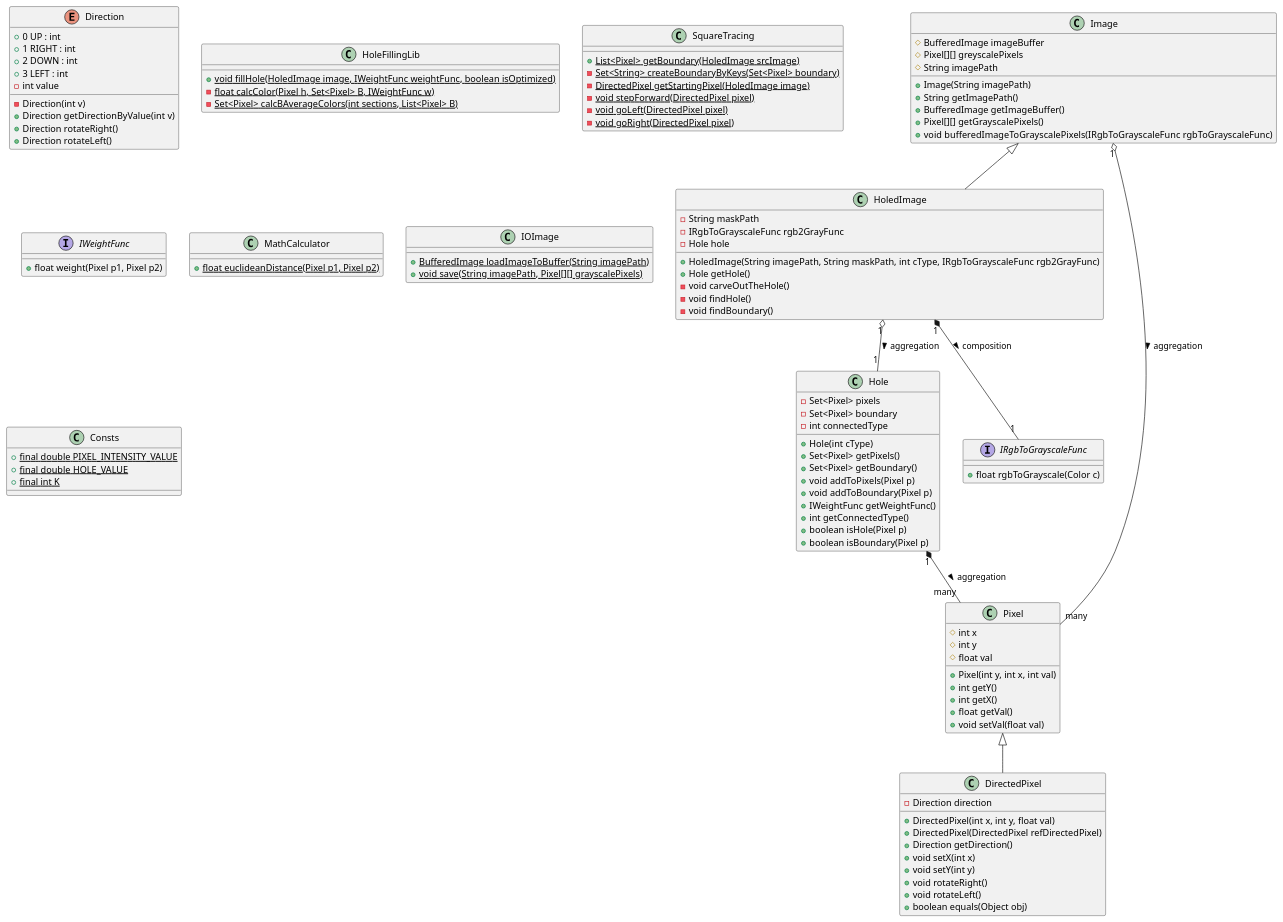
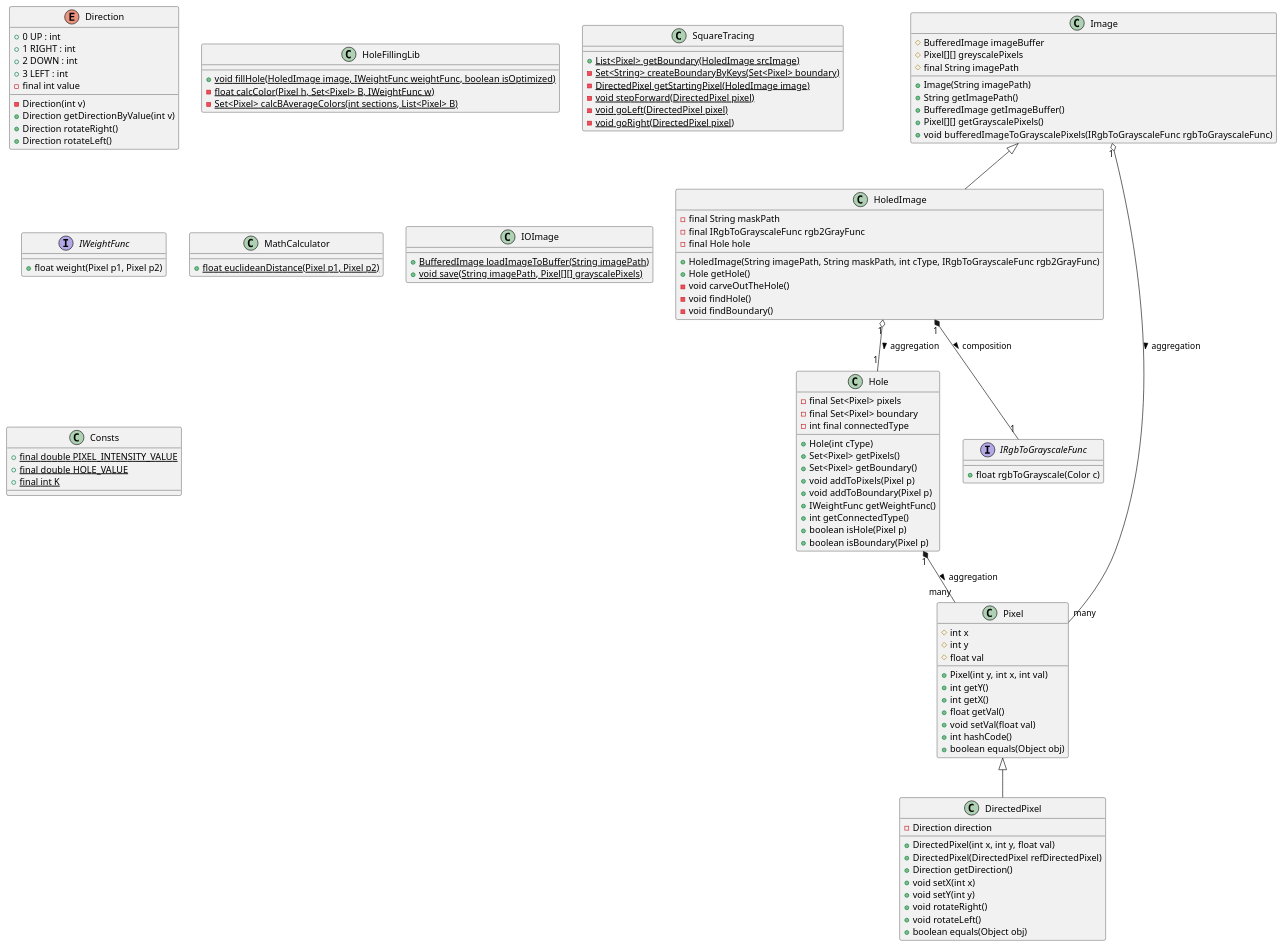
The diagram in OOD.puml (avielas/HoleFilling), drawn with PlantUML before and after one commit.

Commit message:
update OOD uml

```diff
--- a/OOD.puml
+++ b/OOD.puml
@@ -1,123 +1,125 @@
 @startuml
 'https://plantuml.com/class-diagram
 
 class Image{
     # BufferedImage imageBuffer
     # Pixel[][] greyscalePixels
-    # String imagePath
+    # final String imagePath
     + Image(String imagePath)
     + String getImagePath()
     + BufferedImage getImageBuffer()
     + Pixel[][] getGrayscalePixels()
     + void bufferedImageToGrayscalePixels(IRgbToGrayscaleFunc rgbToGrayscaleFunc)
 }
 
 class HoledImage extends Image{
-    - String maskPath
-    - IRgbToGrayscaleFunc rgb2GrayFunc
-    - Hole hole
+    - final String maskPath
+    - final IRgbToGrayscaleFunc rgb2GrayFunc
+    - final Hole hole
     + HoledImage(String imagePath, String maskPath, int cType, IRgbToGrayscaleFunc rgb2GrayFunc)
     + Hole getHole()
     - void carveOutTheHole()
     - void findHole()
     - void findBoundary()
 }
 
 class Hole{
-    - Set<Pixel> pixels
-    - Set<Pixel> boundary
-    - int connectedType
+    - final Set<Pixel> pixels
+    - final Set<Pixel> boundary
+    - int final connectedType
     + Hole(int cType)
     + Set<Pixel> getPixels()
     + Set<Pixel> getBoundary()
     + void addToPixels(Pixel p)
     + void addToBoundary(Pixel p)
     + IWeightFunc getWeightFunc()
     + int getConnectedType()
     + boolean isHole(Pixel p)
     + boolean isBoundary(Pixel p)
 }
 
 class Pixel{
     # int x
     # int y
     # float val
     + Pixel(int y, int x, int val)
     + int getY()
     + int getX()
     + float getVal()
     + void setVal(float val)
+    + int hashCode()
+    + boolean equals(Object obj)
 }
 
 class DirectedPixel extends Pixel{
     - Direction direction
     + DirectedPixel(int x, int y, float val)
     + DirectedPixel(DirectedPixel refDirectedPixel)
     + Direction getDirection()
     + void setX(int x)
     + void setY(int y)
     + void rotateRight()
     + void rotateLeft()
     + boolean equals(Object obj)
 }
 
 enum Direction{
     + 0 UP : int
     + 1 RIGHT : int
     + 2 DOWN : int
     + 3 LEFT : int
     - Direction(int v)
-    - int value
+    - final int value
     + Direction getDirectionByValue(int v)
     + Direction rotateRight()
     + Direction rotateLeft()
 }
 
 class HoleFillingLib{
     + {static} void fillHole(HoledImage image, IWeightFunc weightFunc, boolean isOptimized)
     - {static} float calcColor(Pixel h, Set<Pixel> B, IWeightFunc w)
     - {static} Set<Pixel> calcBAverageColors(int sections, List<Pixel> B)
 }
 
 class SquareTracing{
     + {static} List<Pixel> getBoundary(HoledImage srcImage)
     - {static} Set<String> createBoundaryByKeys(Set<Pixel> boundary)
     - {static} DirectedPixel getStartingPixel(HoledImage image)
     - {static} void stepForward(DirectedPixel pixel)
     - {static} void goLeft(DirectedPixel pixel)
     - {static} void goRight(DirectedPixel pixel)
 }
 
 interface IWeightFunc{
     + float weight(Pixel p1, Pixel p2)
 }
 
 interface IRgbToGrayscaleFunc{
     + float rgbToGrayscale(Color c)
 }
 
 class MathCalculator{
     + {static} float euclideanDistance(Pixel p1, Pixel p2)
 }
 
 class IOImage{
     + {static} BufferedImage loadImageToBuffer(String imagePath)
     + {static} void save(String imagePath, Pixel[][] grayscalePixels)
 }
 
 class Consts{
     + {static} final double PIXEL_INTENSITY_VALUE
     + {static} final double HOLE_VALUE
     + {static} final int K
 }
 
 'Aggregation
 Image "1" o-- "many" Pixel : aggregation >
 HoledImage "1" o-- "1" Hole : aggregation >
 
 
 'Composition
 HoledImage "1" *-- "1" IRgbToGrayscaleFunc : composition >
 Hole "1" *-- "many" Pixel : aggregation >
 
 @enduml
```
